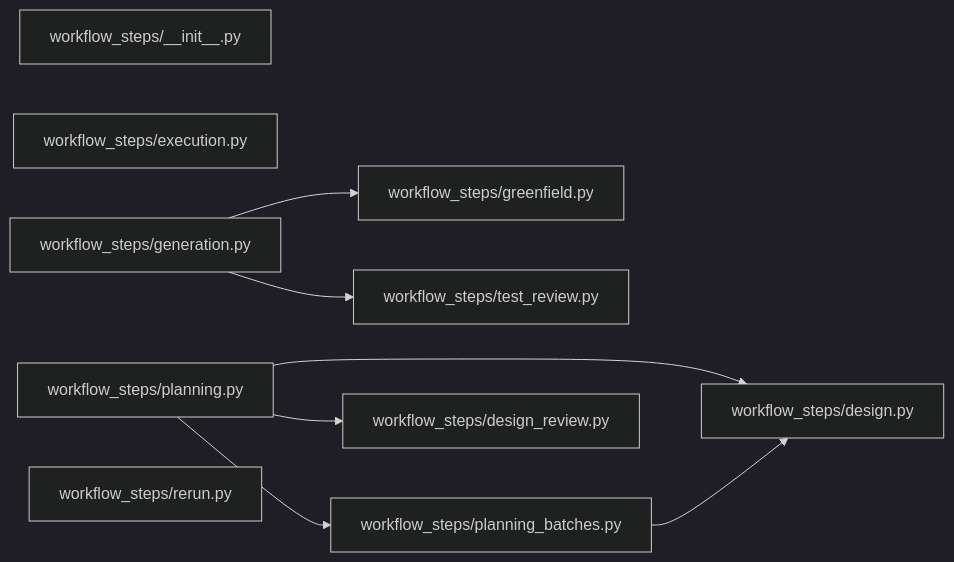
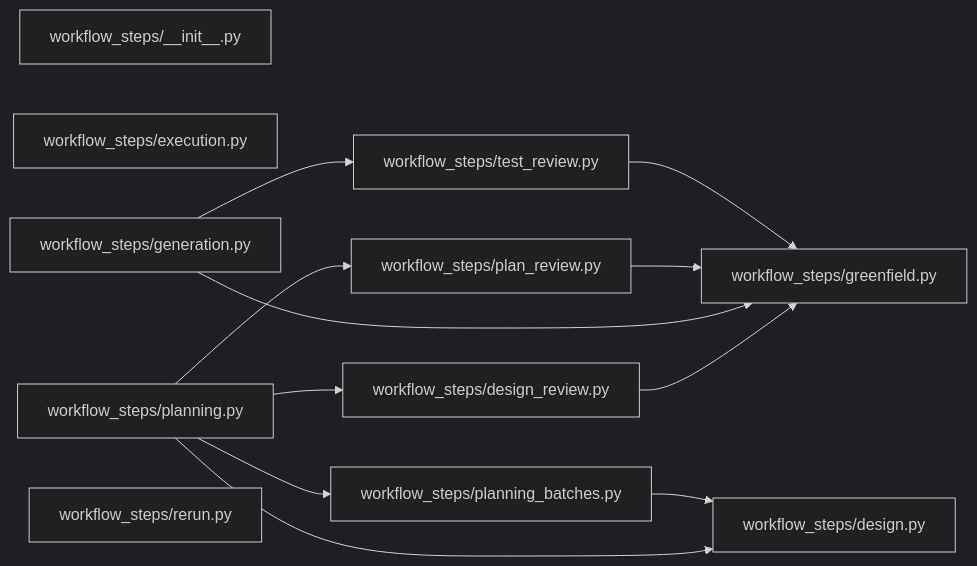
Diagram 21 of 21 in docs/ARCHITECTURE_MAP.md (sarveshtalele/maf-harness-testing), drawn with Mermaid (dark theme) before and after one commit. The commit also changed other lines of this file and 6 other files, not shown here.

````diff
--- a/docs/ARCHITECTURE_MAP.md
+++ b/docs/ARCHITECTURE_MAP.md
@@ -583,19 +589,24 @@
 ```mermaid
 flowchart LR
   f0["workflow_steps/__init__.py"]
   f1["workflow_steps/design.py"]
   f2["workflow_steps/design_review.py"]
   f3["workflow_steps/execution.py"]
   f4["workflow_steps/generation.py"]
   f5["workflow_steps/greenfield.py"]
-  f6["workflow_steps/planning.py"]
-  f7["workflow_steps/planning_batches.py"]
-  f8["workflow_steps/rerun.py"]
-  f9["workflow_steps/test_review.py"]
+  f6["workflow_steps/plan_review.py"]
+  f7["workflow_steps/planning.py"]
+  f8["workflow_steps/planning_batches.py"]
+  f9["workflow_steps/rerun.py"]
+  f10["workflow_steps/test_review.py"]
+  f2 --> f5
   f4 --> f5
-  f4 --> f9
-  f6 --> f1
-  f6 --> f2
-  f6 --> f7
+  f4 --> f10
+  f6 --> f5
   f7 --> f1
+  f7 --> f2
+  f7 --> f6
+  f7 --> f8
+  f8 --> f1
+  f10 --> f5
 ```
````
